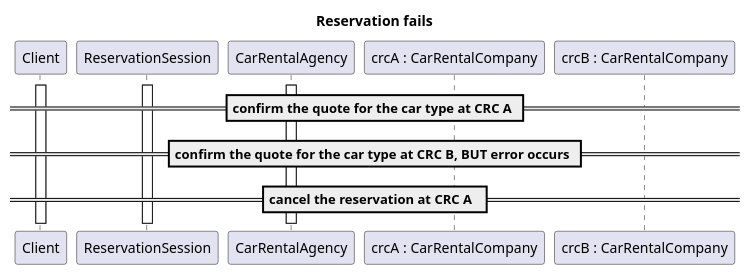
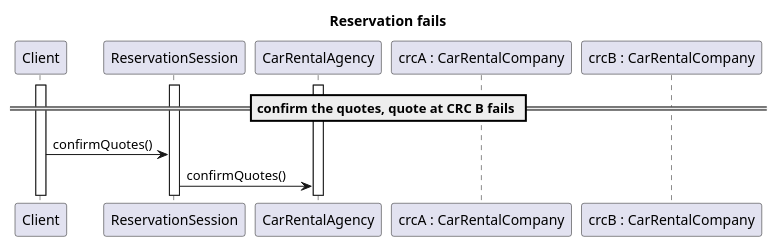
One commit to Bhamoss/java_rmi_ds_project changed the diagram in diagrams/sequenceDiagrams/reservationFails.puml. Above: the diagram before and after it, drawn with PlantUML. The commit also changed 3 other files, not shown here.

```diff
--- a/diagrams/sequenceDiagrams/reservationFails.puml
+++ b/diagrams/sequenceDiagrams/reservationFails.puml
@@ -1,24 +1,26 @@
 @startuml
 title "Reservation fails"
 
 
 participant Client
 participant ReservationSession
 participant CarRentalAgency
 participant "crcA : CarRentalCompany" as CarRentalCompanyA
 participant "crcB : CarRentalCompany" as CarRentalCompanyB
 
 
 activate Client
 activate ReservationSession
 activate CarRentalAgency
 
-== confirm the quote for the car type at CRC A ==
+== confirm the quotes, quote at CRC B fails ==
+
+Client -> ReservationSession: confirmQuotes()
+ReservationSession -> CarRentalAgency: confirmQuotes()
+' TODO: verder aanvullen wat cra met confirmquotes doet
+'   zijn quotes nog valid, bij A valid, bij B fail
 
 
-== confirm the quote for the car type at CRC B, BUT error occurs ==
-
-== cancel the reservation at CRC A  ==
 
 
 @enduml
```
